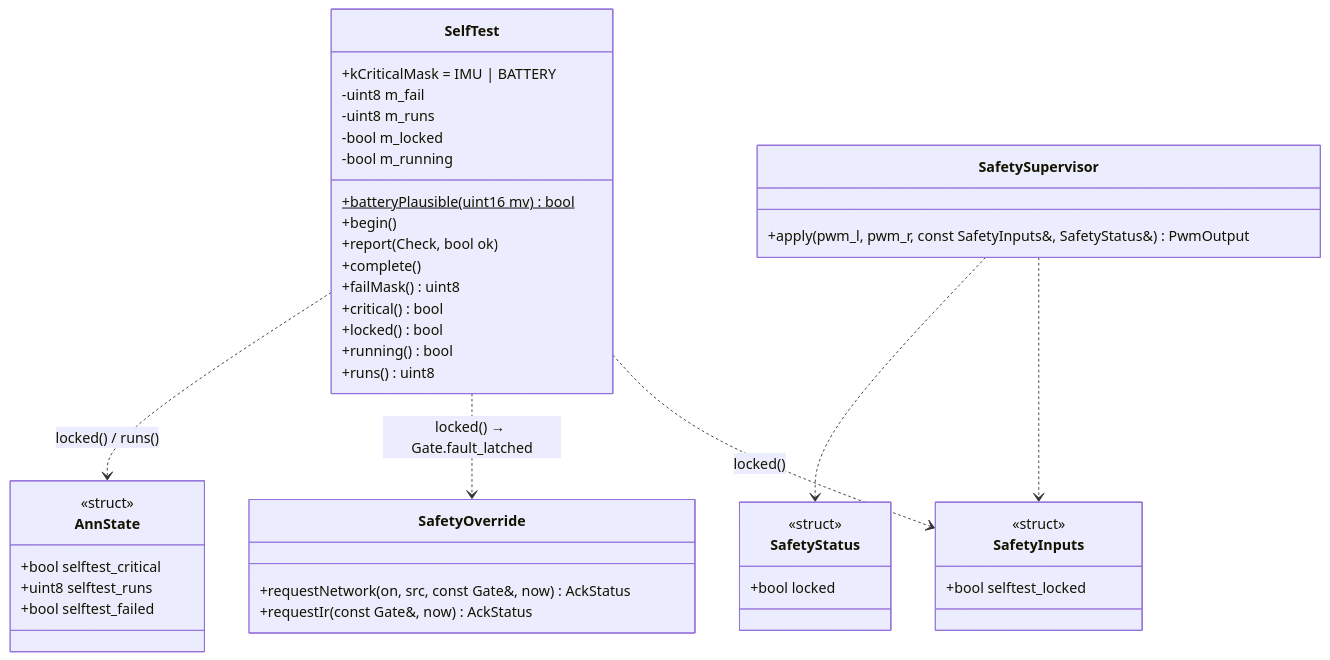
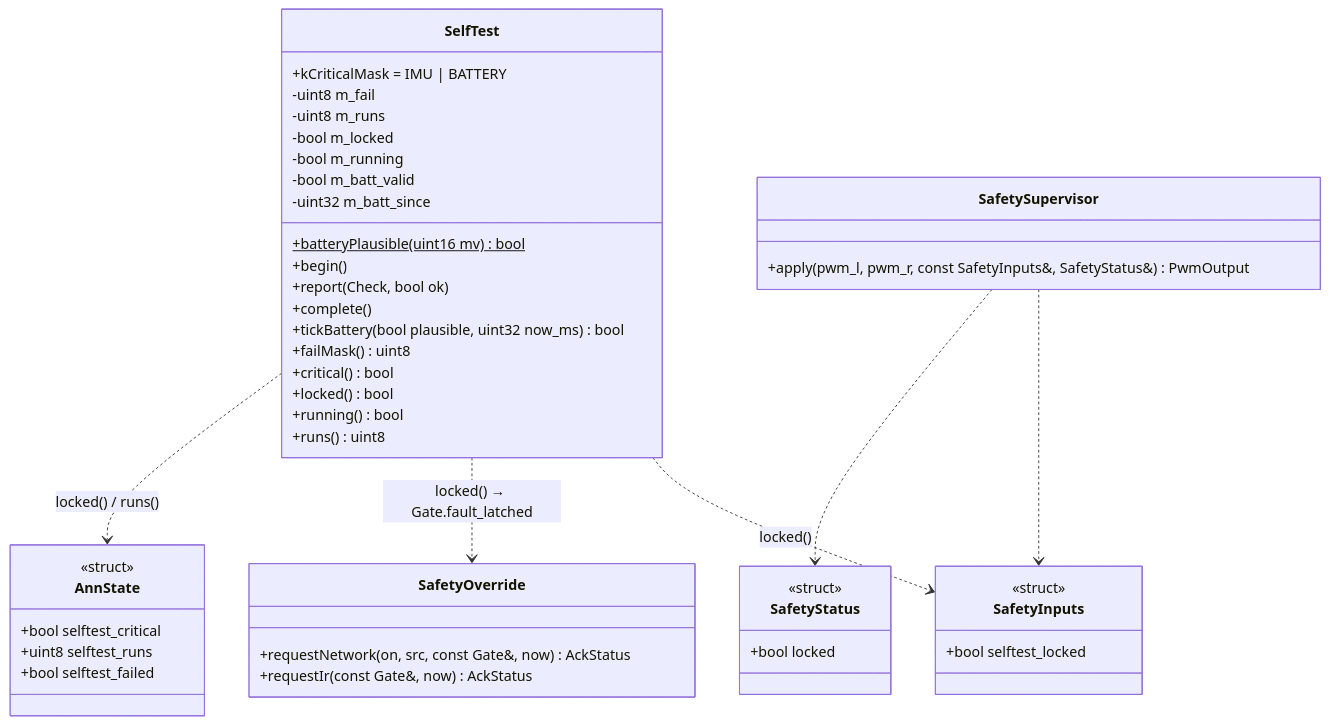
Before and after one commit to mannuray/conqueror: diagram 28 of 32 in docs/lld/uno-firmware-lld.md, drawn with Mermaid. The commit also changed other lines of this file and 3 other files, not shown here.

````diff
--- a/docs/lld/uno-firmware-lld.md
+++ b/docs/lld/uno-firmware-lld.md
@@ -1548,45 +1548,48 @@
 ```mermaid
 classDiagram
     class SelfTest {
       +kCriticalMask = IMU | BATTERY
       +batteryPlausible(uint16 mv)$ bool
       +begin()
       +report(Check, bool ok)
       +complete()
+      +tickBattery(bool plausible, uint32 now_ms) bool
       +failMask() uint8
       +critical() bool
       +locked() bool
       +running() bool
       +runs() uint8
       -uint8 m_fail
       -uint8 m_runs
       -bool m_locked
       -bool m_running
+      -bool m_batt_valid
+      -uint32 m_batt_since
     }
     class SafetyInputs {
       <<struct>>
       +bool selftest_locked
     }
     class SafetyStatus {
       <<struct>>
       +bool locked
     }
     class SafetySupervisor {
       +apply(pwm_l, pwm_r, const SafetyInputs&, SafetyStatus&) PwmOutput
     }
     class SafetyOverride {
       +requestNetwork(on, src, const Gate&, now) AckStatus
       +requestIr(const Gate&, now) AckStatus
     }
     class AnnState {
       <<struct>>
       +bool selftest_critical
       +uint8 selftest_runs
       +bool selftest_failed
     }
     SelfTest ..> SafetyInputs : locked()
     SafetySupervisor ..> SafetyInputs
     SafetySupervisor ..> SafetyStatus
     SelfTest ..> SafetyOverride : locked() → Gate.fault_latched
     SelfTest ..> AnnState : locked() / runs()
 ```
````
